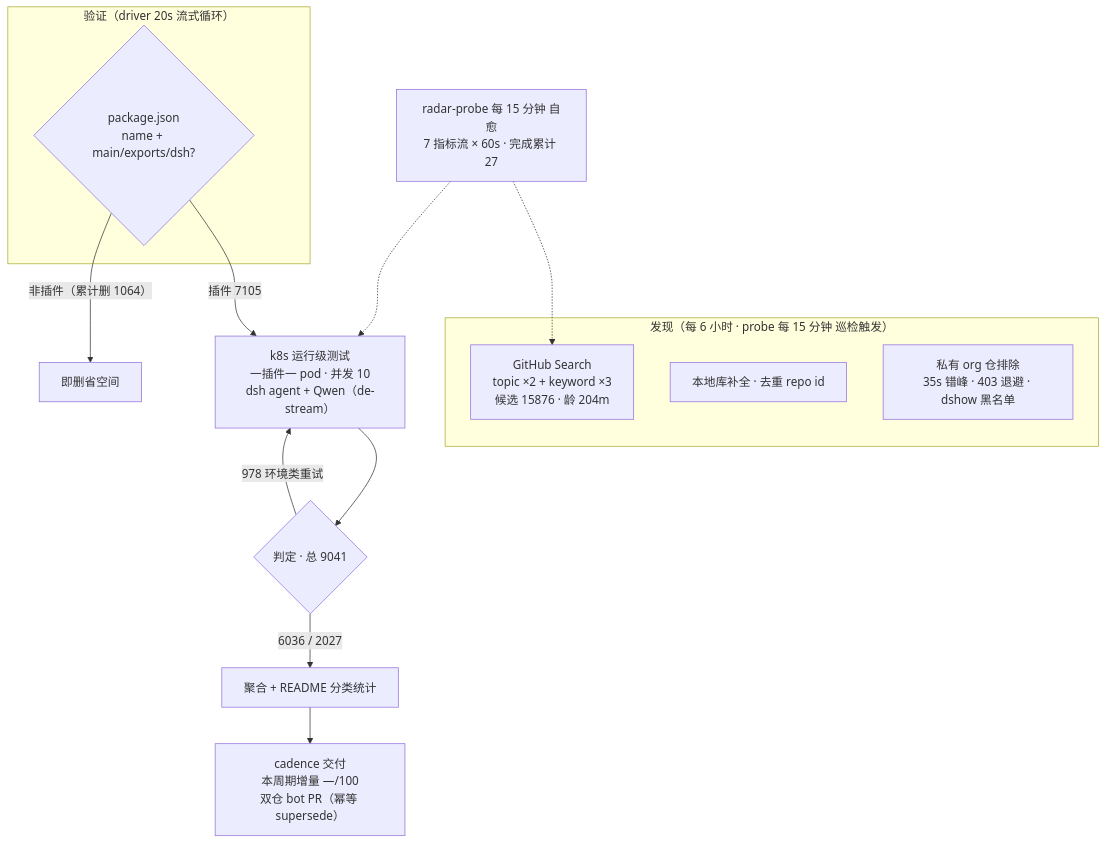
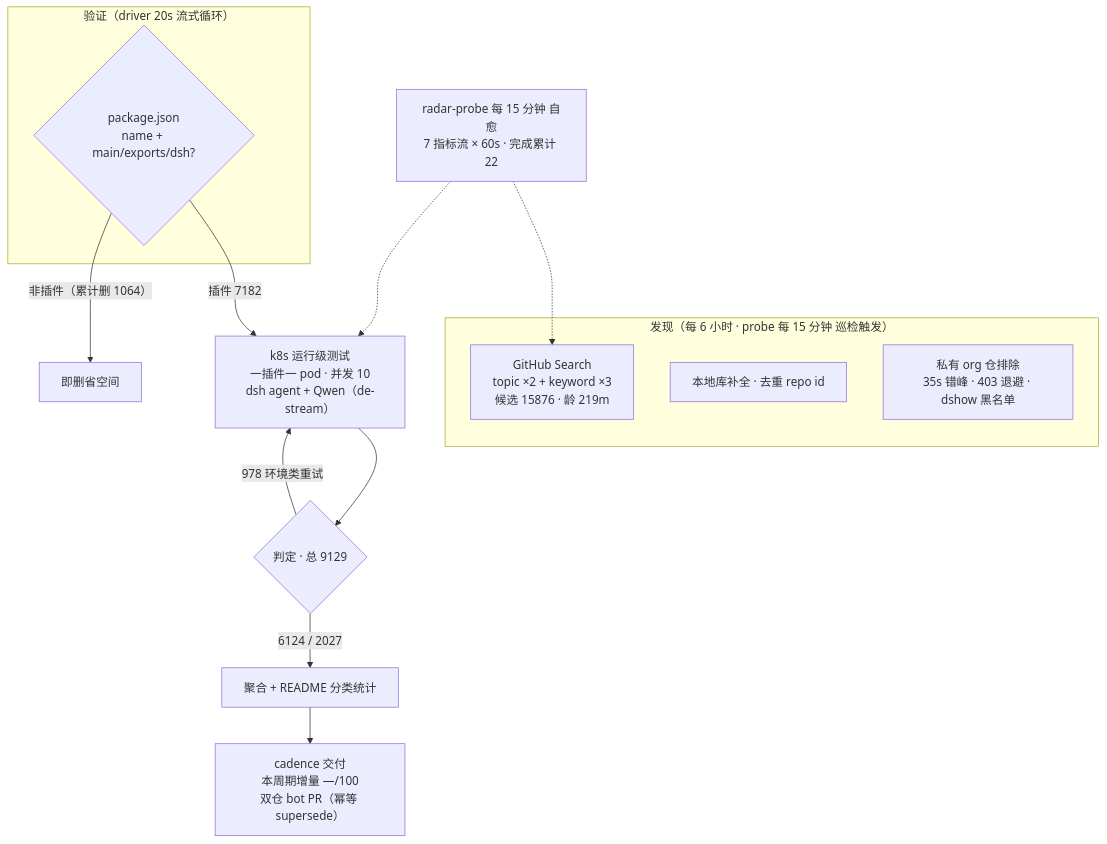
The diagram in README.md (Zhidao-Lab-OSS/awesome-dsh-plugins), drawn with Mermaid before and after one commit. The commit also changed other lines of this file and 1 other file, not shown here.

````diff
--- a/README.md
+++ b/README.md
@@ -37,20 +37,20 @@
 ```mermaid
 flowchart TB
     subgraph Discovery["发现（每 6 小时 · probe 每 15 分钟 巡检触发）"]
-        A1["GitHub Search<br/>topic ×2 + keyword ×3<br/>候选 15876 · 龄 204m"]
+        A1["GitHub Search<br/>topic ×2 + keyword ×3<br/>候选 15876 · 龄 219m"]
         A2["本地库补全 · 去重 repo id"]
         A3["私有 org 仓排除<br/>35s 错峰 · 403 退避 · dshow 黑名单"]
     end
     subgraph Validation["验证（driver 20s 流式循环）"]
         B1{"package.json<br/>name + main/exports/dsh?"}
     end
-    B1 -->|"插件 7105"| C1["k8s 运行级测试<br/>一插件一 pod · 并发 10<br/>dsh agent + Qwen（de-stream）"]
+    B1 -->|"插件 7182"| C1["k8s 运行级测试<br/>一插件一 pod · 并发 10<br/>dsh agent + Qwen（de-stream）"]
     B1 -->|"非插件（累计删 1064）"| B3["即删省空间"]
-    C1 --> D1{"判定 · 总 9041"}
-    D1 -->|"6036 / 2027"| E1["聚合 + README 分类统计"]
+    C1 --> D1{"判定 · 总 9129"}
+    D1 -->|"6124 / 2027"| E1["聚合 + README 分类统计"]
     D1 -->|"978 环境类重试"| C1
     E1 --> E2["cadence 交付<br/>本周期增量 —/100<br/>双仓 bot PR（幂等 supersede）"]
-    M["radar-probe 每 15 分钟 自愈<br/>7 指标流 × 60s · 完成累计 27"]
+    M["radar-probe 每 15 分钟 自愈<br/>7 指标流 × 60s · 完成累计 22"]
     M -.-> A1
     M -.-> C1
 ```
````
